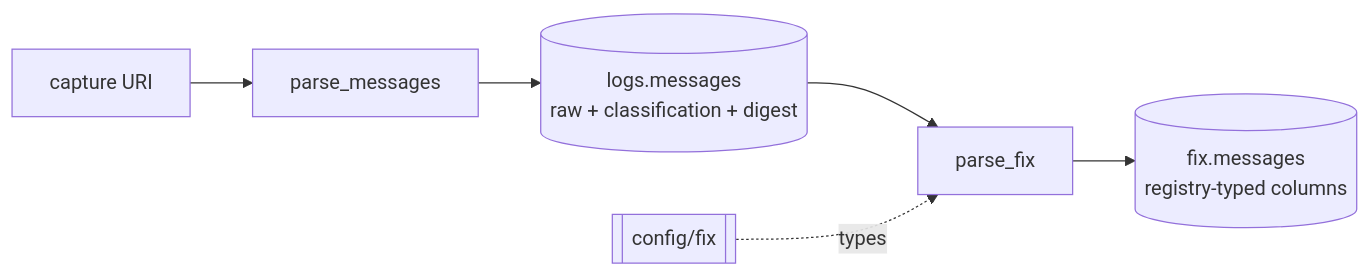
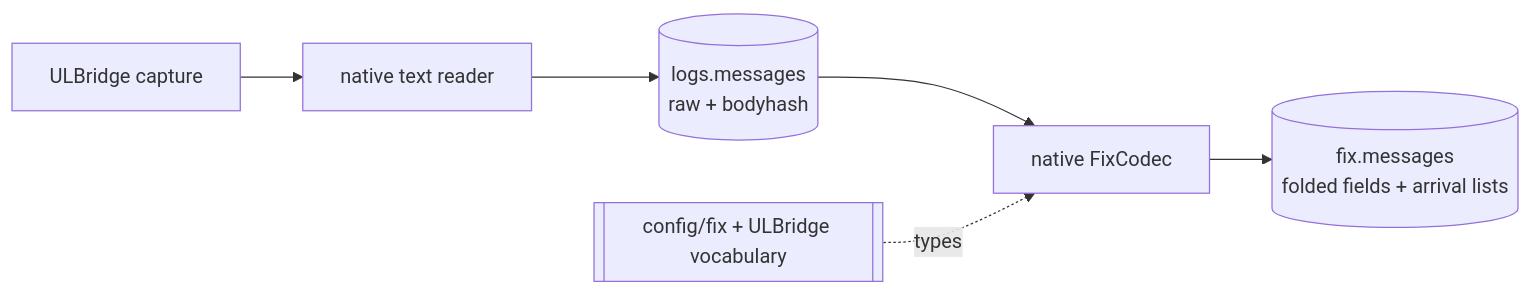
One commit to Platob/yggfin changed the diagram in docs/fix/index.md. Above: the diagram before and after it, drawn with Mermaid. The commit also changed other lines of this file and 46 other files, not shown here.

Commit message:
Integrate native ULBridge text and FIX pipeline

````diff
--- a/docs/fix/index.md
+++ b/docs/fix/index.md
@@ -20,8 +16,8 @@
 ```mermaid
 flowchart LR
-    U["capture URI"] --> A[parse_messages]
-    A --> M[("logs.messages<br/>raw + classification + digest")]
-    M --> B[parse_fix]
-    B --> F[("fix.messages<br/>registry-typed columns")]
-    R[["config/fix"]] -. types .-> B
+    U["ULBridge capture"] --> T["native text reader"]
+    T --> M[("logs.messages<br/>raw + bodyhash")]
+    M --> C["native FixCodec"]
+    C --> F[("fix.messages<br/>folded fields + arrival lists")]
+    R[["config/fix + ULBridge vocabulary"]] -.types.-> C
 ```
````
